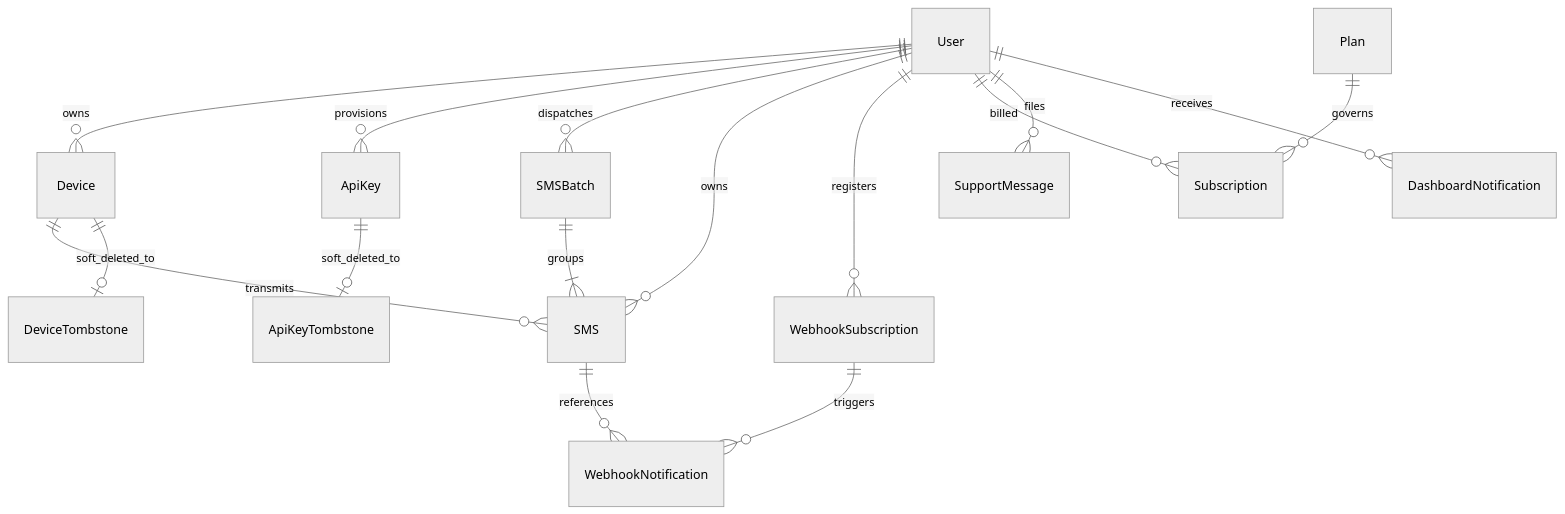
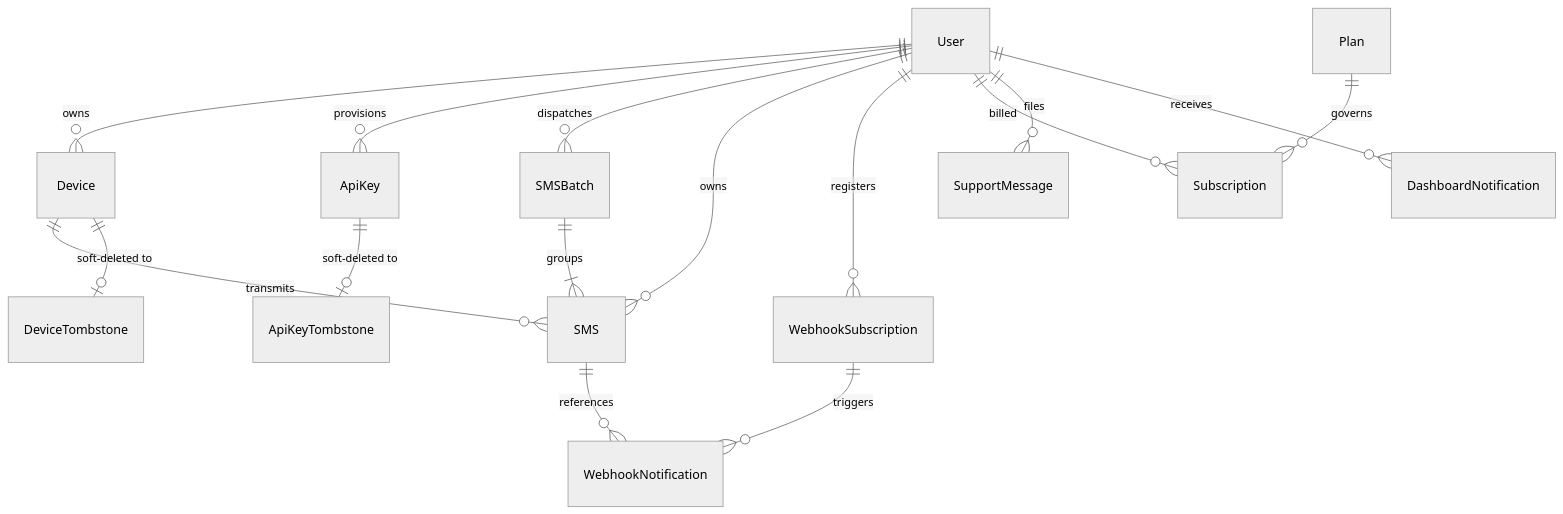
One commit to hAbd0u/textbee-twillo-layer changed the diagram in docs/textbee-api-analysis/data-models.md. Above: the diagram before and after it, drawn with Mermaid (neutral theme). The commit also changed other lines of this file and 13 other files, not shown here.

Commit message:
docs: add high-resolution SVG diagrams for architecture and workflows

````diff
--- a/docs/textbee-api-analysis/data-models.md
+++ b/docs/textbee-api-analysis/data-models.md
@@ -9,23 +14,23 @@
 ```mermaid
 erDiagram
-    User ||--o{ Device : owns
-    User ||--o{ ApiKey : provisions
-    User ||--o{ SMSBatch : dispatches
-    User ||--o{ SMS : owns
-    User ||--o{ WebhookSubscription : registers
-    User ||--o{ Subscription : billed
-    User ||--o{ SupportMessage : files
-    User ||--o{ DashboardNotification : receives
+    User ||--o{ Device : "owns"
+    User ||--o{ ApiKey : "provisions"
+    User ||--o{ SMSBatch : "dispatches"
+    User ||--o{ SMS : "owns"
+    User ||--o{ WebhookSubscription : "registers"
+    User ||--o{ Subscription : "billed"
+    User ||--o{ SupportMessage : "files"
+    User ||--o{ DashboardNotification : "receives"
 
-    Device ||--o{ SMS : transmits
-    Device ||--o| DeviceTombstone : soft_deleted_to
+    Device ||--o{ SMS : "transmits"
+    Device ||--o| DeviceTombstone : "soft-deleted to"
 
-    ApiKey ||--o| ApiKeyTombstone : soft_deleted_to
+    ApiKey ||--o| ApiKeyTombstone : "soft-deleted to"
 
-    SMSBatch ||--|{ SMS : groups
+    SMSBatch ||--|{ SMS : "groups"
 
-    WebhookSubscription ||--o{ WebhookNotification : triggers
-    SMS ||--o{ WebhookNotification : references
+    WebhookSubscription ||--o{ WebhookNotification : "triggers"
+    SMS ||--o{ WebhookNotification : "references"
 
-    Plan ||--o{ Subscription : governs
+    Plan ||--o{ Subscription : "governs"
 ```
````
